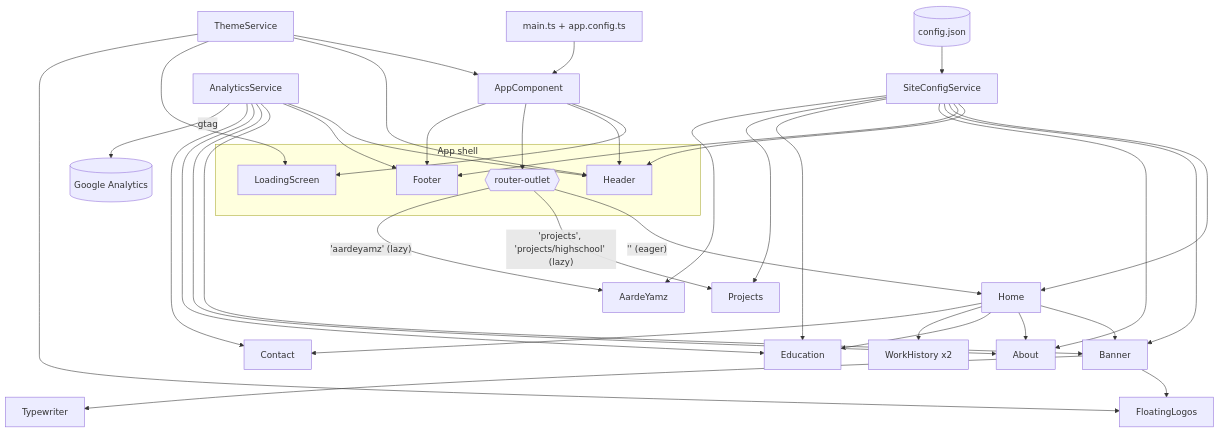
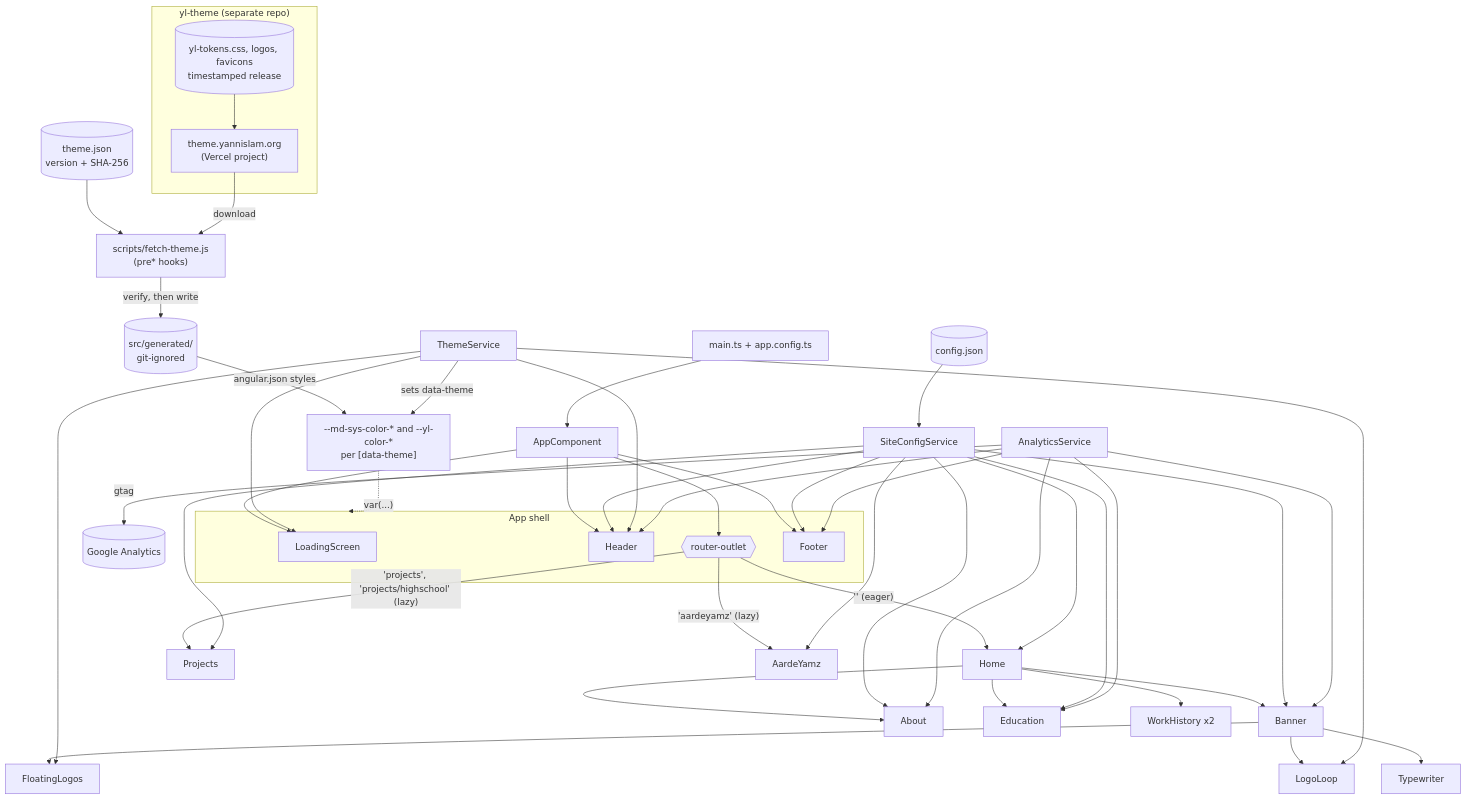
The diagram in wiki/Architecture.md (AardeYamz/v3.yannislam.org), drawn with Mermaid before and after one commit. The commit also changed other lines of this file and 10 other files, not shown here.

````diff
--- a/wiki/Architecture.md
+++ b/wiki/Architecture.md
@@ -3,26 +11,37 @@
 ```mermaid
 flowchart TB
     Main["main.ts + app.config.ts"] --> App["AppComponent"]
 
     subgraph Shell["App shell"]
         Loading["LoadingScreen"]
         Header
         Outlet{{"router-outlet"}}
         Footer
     end
     App --> Loading & Header & Outlet & Footer
 
     Outlet -->|"'' (eager)"| Home
     Outlet -->|"'projects', 'projects/highschool' (lazy)"| Projects
     Outlet -->|"'aardeyamz' (lazy)"| AardeYamz
 
-    Home --> Banner & About & Education & Work["WorkHistory x2"] & Contact
-    Banner --> Floating["FloatingLogos"] & Typewriter
+    Home --> Banner & About & Education & Work["WorkHistory x2"]
+    Banner --> Floating["FloatingLogos"] & LogoLoop & Typewriter
 
     Config[("config.json")] --> SiteConfig["SiteConfigService"]
     SiteConfig --> Header & Footer & Home & Banner & About & Education & Projects & AardeYamz
 
-    Theme["ThemeService"] --> App & Header & Loading & Floating
-    Analytics["AnalyticsService"] --> Header & Footer & Banner & About & Education & Contact
+    Theme["ThemeService"] --> Header & Loading & Floating & LogoLoop
+
+    subgraph ThemeRepo["yl-theme (separate repo)"]
+        Tokens[("yl-tokens.css, logos, favicons<br/>timestamped release")] --> ThemeHost["theme.yannislam.org<br/>(Vercel project)"]
+    end
+    Pin[("theme.json<br/>version + SHA-256")] --> Fetch["scripts/fetch-theme.js<br/>(pre* hooks)"]
+    ThemeHost -->|"download"| Fetch
+    Fetch -->|"verify, then write"| Generated[("src/generated/<br/>git-ignored")]
+    Generated -->|"angular.json styles"| CSS["--md-sys-color-* and --yl-color-*<br/>per [data-theme]"]
+    Theme -->|"sets data-theme"| CSS
+    CSS -.->|"var(...)"| Shell
+
+    Analytics["AnalyticsService"] --> Header & Footer & Banner & About & Education
     Analytics -->|"gtag"| GA[("Google Analytics")]
 ```
````
